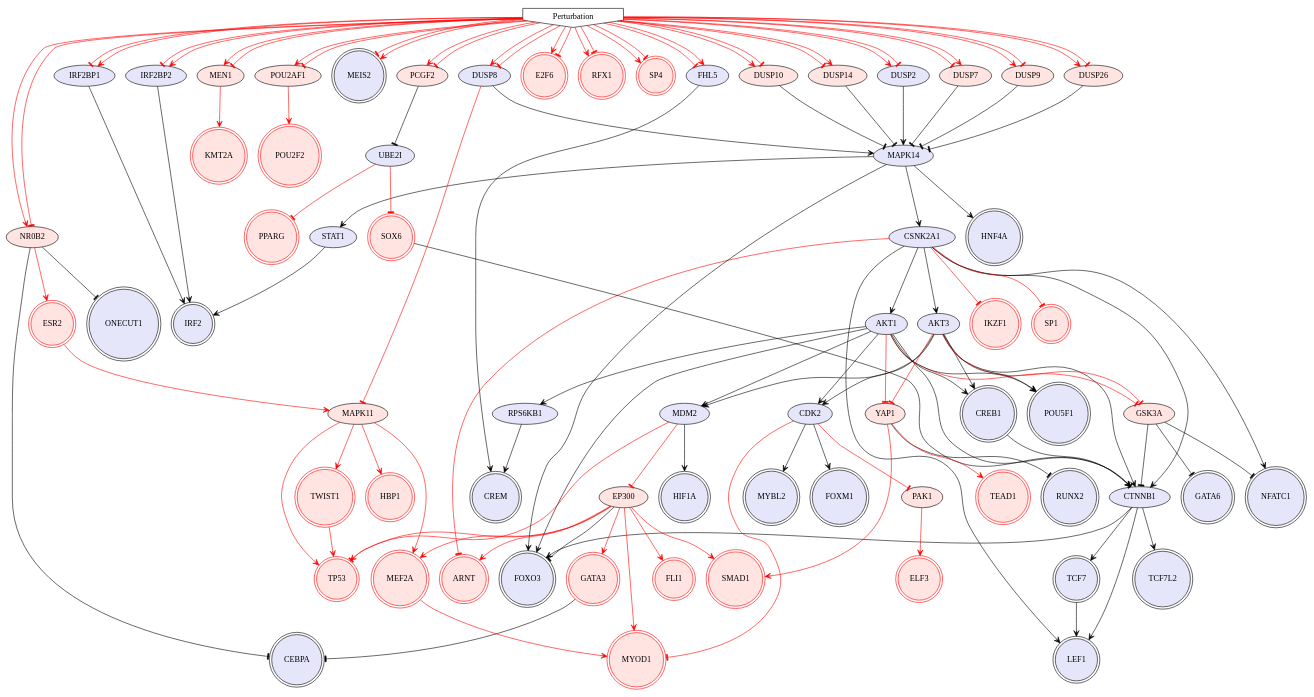
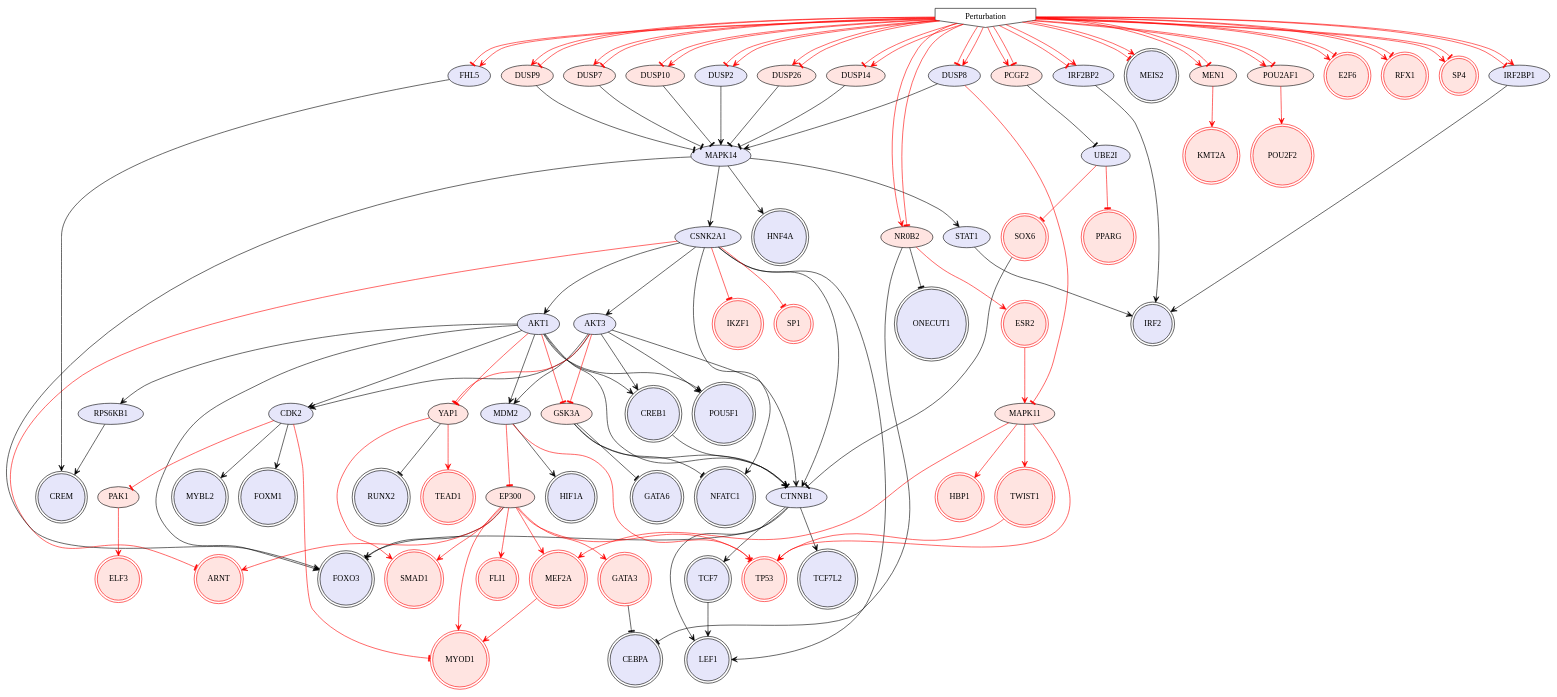
Before and after one commit to laylagerami/EPA: the diagram in Small_Subset/Results/CARNIVAL/YC-1_HEPG2_6 h_20 µM/network_solution.dot, drawn with Graphviz. The commit also changed other lines of this file and 48 other files, not shown here.

```diff
--- a/Small_Subset/Results/CARNIVAL/YC-1_HEPG2_6 h_20 µM/network_solution.dot
+++ b/Small_Subset/Results/CARNIVAL/YC-1_HEPG2_6 h_20 µM/network_solution.dot
@@ -1,196 +1,196 @@
 digraph {
 
 CSNK2A1->CTNNB1 [penwidth=1, color=black, arrowhead="vee"]
 AKT1->FOXO3 [penwidth=1, color=black, arrowhead="vee"]
 CTNNB1->FOXO3 [penwidth=1, color=black, arrowhead="vee"]
 CTNNB1->TCF7L2 [penwidth=1, color=black, arrowhead="vee"]
 AKT1->MDM2 [penwidth=1, color=black, arrowhead="vee"]
 AKT1->CREB1 [penwidth=1, color=black, arrowhead="vee"]
 CTNNB1->LEF1 [penwidth=1, color=black, arrowhead="vee"]
 CTNNB1->TCF7 [penwidth=1, color=black, arrowhead="vee"]
+AKT1->RPS6KB1 [penwidth=1, color=black, arrowhead="vee"]
 AKT1->CTNNB1 [penwidth=1, color=black, arrowhead="vee"]
 NR0B2->ONECUT1 [penwidth=1, color=black, arrowhead="tee"]
 CREB1->CTNNB1 [penwidth=1, color=black, arrowhead="vee"]
 CSNK2A1->LEF1 [penwidth=1, color=black, arrowhead="vee"]
 TCF7->LEF1 [penwidth=1, color=black, arrowhead="vee"]
-DUSP10->MAPK14 [penwidth=1, color=black, arrowhead="tee"]
+RPS6KB1->CREM [penwidth=1, color=black, arrowhead="vee"]
 GSK3A->CTNNB1 [penwidth=1, color=black, arrowhead="tee"]
 GSK3A->NFATC1 [penwidth=1, color=black, arrowhead="tee"]
 MAPK14->CSNK2A1 [penwidth=1, color=black, arrowhead="vee"]
 GSK3A->GATA6 [penwidth=1, color=black, arrowhead="tee"]
+DUSP9->MAPK14 [penwidth=1, color=black, arrowhead="tee"]
 AKT1->CDK2 [penwidth=1, color=black, arrowhead="vee"]
 GATA3->CEBPA [penwidth=1, color=black, arrowhead="tee"]
 SOX6->CTNNB1 [penwidth=1, color=black, arrowhead="tee"]
 AKT1->POU5F1 [penwidth=1, color=black, arrowhead="vee"]
 PCGF2->UBE2I [penwidth=1, color=black, arrowhead="tee"]
 CSNK2A1->AKT1 [penwidth=1, color=black, arrowhead="vee"]
 YAP1->RUNX2 [penwidth=1, color=black, arrowhead="tee"]
 CDK2->MYBL2 [penwidth=1, color=black, arrowhead="vee"]
-FHL5->CREM [penwidth=1, color=black, arrowhead="vee"]
-IRF2BP2->IRF2 [penwidth=1, color=black, arrowhead="vee"]
+IRF2BP1->IRF2 [penwidth=1, color=black, arrowhead="vee"]
 MAPK14->FOXO3 [penwidth=1, color=black, arrowhead="vee"]
 NR0B2->CEBPA [penwidth=1, color=black, arrowhead="tee"]
 MAPK14->HNF4A [penwidth=1, color=black, arrowhead="vee"]
 CDK2->FOXM1 [penwidth=1, color=black, arrowhead="vee"]
 CSNK2A1->NFATC1 [penwidth=1, color=black, arrowhead="vee"]
 EP300->FOXO3 [penwidth=1, color=black, arrowhead="tee"]
 MDM2->HIF1A [penwidth=1, color=black, arrowhead="vee"]
-Perturbation->FHL5 [penwidth=1, color=red, arrowhead="tee"]
-Perturbation->IRF2BP2 [penwidth=1, color=red, arrowhead="tee"]
+Perturbation->IRF2BP1 [penwidth=1, color=red, arrowhead="tee"]
 Perturbation->MEIS2 [penwidth=1, color=red, arrowhead="tee"]
 EP300->TP53 [penwidth=1, color=red, arrowhead="vee"]
 MEN1->KMT2A [penwidth=1, color=red, arrowhead="vee"]
 EP300->ARNT [penwidth=1, color=red, arrowhead="vee"]
 MDM2->TP53 [penwidth=1, color=red, arrowhead="tee"]
 UBE2I->PPARG [penwidth=1, color=red, arrowhead="tee"]
 CDK2->PAK1 [penwidth=1, color=red, arrowhead="tee"]
 NR0B2->ESR2 [penwidth=1, color=red, arrowhead="vee"]
 AKT1->GSK3A [penwidth=1, color=red, arrowhead="tee"]
 YAP1->TEAD1 [penwidth=1, color=red, arrowhead="vee"]
 EP300->MEF2A [penwidth=1, color=red, arrowhead="vee"]
 CSNK2A1->IKZF1 [penwidth=1, color=red, arrowhead="tee"]
 CSNK2A1->SP1 [penwidth=1, color=red, arrowhead="tee"]
 EP300->FLI1 [penwidth=1, color=red, arrowhead="vee"]
 UBE2I->SOX6 [penwidth=1, color=red, arrowhead="tee"]
 MAPK11->TP53 [penwidth=1, color=red, arrowhead="vee"]
 YAP1->SMAD1 [penwidth=1, color=red, arrowhead="vee"]
 AKT1->YAP1 [penwidth=1, color=red, arrowhead="tee"]
 CSNK2A1->ARNT [penwidth=1, color=red, arrowhead="tee"]
 EP300->MYOD1 [penwidth=1, color=red, arrowhead="vee"]
 EP300->SMAD1 [penwidth=1, color=red, arrowhead="vee"]
 MAPK11->HBP1 [penwidth=1, color=red, arrowhead="vee"]
 MAPK11->TWIST1 [penwidth=1, color=red, arrowhead="vee"]
 MDM2->EP300 [penwidth=1, color=red, arrowhead="tee"]
 MEF2A->MYOD1 [penwidth=1, color=red, arrowhead="vee"]
 PAK1->ELF3 [penwidth=1, color=red, arrowhead="vee"]
 CDK2->MYOD1 [penwidth=1, color=red, arrowhead="tee"]
 POU2AF1->POU2F2 [penwidth=1, color=red, arrowhead="vee"]
 MAPK11->MEF2A [penwidth=1, color=red, arrowhead="vee"]
 EP300->GATA3 [penwidth=1, color=red, arrowhead="vee"]
 TWIST1->TP53 [penwidth=1, color=red, arrowhead="vee"]
 ESR2->MAPK11 [penwidth=1, color=red, arrowhead="vee"]
-Perturbation->DUSP10 [penwidth=1, color=red, arrowhead="vee"]
+Perturbation->DUSP9 [penwidth=1, color=red, arrowhead="vee"]
 Perturbation->E2F6 [penwidth=1, color=red, arrowhead="vee"]
 Perturbation->MEN1 [penwidth=1, color=red, arrowhead="vee"]
 Perturbation->NR0B2 [penwidth=1, color=red, arrowhead="vee"]
 Perturbation->PCGF2 [penwidth=1, color=red, arrowhead="vee"]
 Perturbation->POU2AF1 [penwidth=1, color=red, arrowhead="vee"]
 Perturbation->RFX1 [penwidth=1, color=red, arrowhead="vee"]
 Perturbation->SP4 [penwidth=1, color=red, arrowhead="vee"]
-AKT1->RPS6KB1 [penwidth=1, color=black, arrowhead="vee"]
-RPS6KB1->CREM [penwidth=1, color=black, arrowhead="vee"]
-DUSP14->MAPK14 [penwidth=1, color=black, arrowhead="tee"]
-Perturbation->IRF2BP2 [penwidth=1, color=red, arrowhead="vee"]
+DUSP7->MAPK14 [penwidth=1, color=black, arrowhead="tee"]
+FHL5->CREM [penwidth=1, color=black, arrowhead="vee"]
+IRF2BP2->IRF2 [penwidth=1, color=black, arrowhead="vee"]
+Perturbation->FHL5 [penwidth=1, color=red, arrowhead="tee"]
+Perturbation->IRF2BP2 [penwidth=1, color=red, arrowhead="tee"]
+Perturbation->DUSP7 [penwidth=1, color=red, arrowhead="vee"]
+DUSP10->MAPK14 [penwidth=1, color=black, arrowhead="tee"]
+Perturbation->IRF2BP1 [penwidth=1, color=red, arrowhead="vee"]
 Perturbation->MEIS2 [penwidth=1, color=red, arrowhead="vee"]
-Perturbation->DUSP14 [penwidth=1, color=red, arrowhead="tee"]
+Perturbation->DUSP10 [penwidth=1, color=red, arrowhead="tee"]
 Perturbation->E2F6 [penwidth=1, color=red, arrowhead="tee"]
 Perturbation->MEN1 [penwidth=1, color=red, arrowhead="tee"]
 Perturbation->NR0B2 [penwidth=1, color=red, arrowhead="tee"]
 Perturbation->PCGF2 [penwidth=1, color=red, arrowhead="tee"]
 Perturbation->POU2AF1 [penwidth=1, color=red, arrowhead="tee"]
 Perturbation->RFX1 [penwidth=1, color=red, arrowhead="tee"]
 Perturbation->SP4 [penwidth=1, color=red, arrowhead="tee"]
-DUSP2->MAPK14 [penwidth=1, color=black, arrowhead="vee"]
+DUSP8->MAPK14 [penwidth=1, color=black, arrowhead="vee"]
 AKT3->CTNNB1 [penwidth=1, color=black, arrowhead="vee"]
 AKT3->MDM2 [penwidth=1, color=black, arrowhead="vee"]
 AKT3->CREB1 [penwidth=1, color=black, arrowhead="vee"]
 CSNK2A1->AKT3 [penwidth=1, color=black, arrowhead="vee"]
 AKT3->POU5F1 [penwidth=1, color=black, arrowhead="vee"]
 AKT3->CDK2 [penwidth=1, color=black, arrowhead="vee"]
-Perturbation->DUSP2 [penwidth=1, color=red, arrowhead="vee"]
-Perturbation->FHL5 [penwidth=1, color=red, arrowhead="vee"]
+Perturbation->DUSP8 [penwidth=1, color=red, arrowhead="tee"]
 AKT3->GSK3A [penwidth=1, color=red, arrowhead="tee"]
 AKT3->YAP1 [penwidth=1, color=red, arrowhead="tee"]
-DUSP7->MAPK14 [penwidth=1, color=black, arrowhead="tee"]
-Perturbation->DUSP7 [penwidth=1, color=red, arrowhead="tee"]
-DUSP9->MAPK14 [penwidth=1, color=black, arrowhead="tee"]
-Perturbation->DUSP9 [penwidth=1, color=red, arrowhead="vee"]
+DUSP8->MAPK11 [penwidth=1, color=red, arrowhead="tee"]
+DUSP2->MAPK14 [penwidth=1, color=black, arrowhead="vee"]
+Perturbation->DUSP2 [penwidth=1, color=red, arrowhead="tee"]
 DUSP26->MAPK14 [penwidth=1, color=black, arrowhead="tee"]
 Perturbation->DUSP26 [penwidth=1, color=red, arrowhead="vee"]
-Perturbation->DUSP9 [penwidth=1, color=red, arrowhead="tee"]
-Perturbation->DUSP2 [penwidth=1, color=red, arrowhead="tee"]
-DUSP8->MAPK14 [penwidth=1, color=black, arrowhead="vee"]
-Perturbation->DUSP8 [penwidth=1, color=red, arrowhead="vee"]
-DUSP8->MAPK11 [penwidth=1, color=red, arrowhead="tee"]
-Perturbation->DUSP14 [penwidth=1, color=red, arrowhead="vee"]
-Perturbation->DUSP7 [penwidth=1, color=red, arrowhead="vee"]
-Perturbation->DUSP10 [penwidth=1, color=red, arrowhead="tee"]
-Perturbation->DUSP8 [penwidth=1, color=red, arrowhead="tee"]
-Perturbation->DUSP26 [penwidth=1, color=red, arrowhead="tee"]
+Perturbation->DUSP10 [penwidth=1, color=red, arrowhead="vee"]
+Perturbation->FHL5 [penwidth=1, color=red, arrowhead="vee"]
+Perturbation->IRF2BP2 [penwidth=1, color=red, arrowhead="vee"]
+Perturbation->DUSP7 [penwidth=1, color=red, arrowhead="tee"]
+Perturbation->DUSP2 [penwidth=1, color=red, arrowhead="vee"]
 MAPK14->STAT1 [penwidth=1, color=black, arrowhead="vee"]
 STAT1->IRF2 [penwidth=1, color=black, arrowhead="vee"]
-IRF2BP1->IRF2 [penwidth=1, color=black, arrowhead="vee"]
-Perturbation->IRF2BP1 [penwidth=1, color=red, arrowhead="tee"]
-Perturbation->IRF2BP1 [penwidth=1, color=red, arrowhead="vee"]
+DUSP14->MAPK14 [penwidth=1, color=black, arrowhead="tee"]
+Perturbation->DUSP14 [penwidth=1, color=red, arrowhead="tee"]
+Perturbation->DUSP8 [penwidth=1, color=red, arrowhead="vee"]
+Perturbation->DUSP14 [penwidth=1, color=red, arrowhead="vee"]
+Perturbation->DUSP26 [penwidth=1, color=red, arrowhead="tee"]
+Perturbation->DUSP9 [penwidth=1, color=red, arrowhead="tee"]
 Perturbation [style=filled, color=black, fillcolor=white, shape=invhouse];
 TEAD1 [style=filled, color=red, fillcolor=mistyrose, shape=doublecircle];
 ESR2 [style=filled, color=red, fillcolor=mistyrose, shape=doublecircle];
 MYBL2 [style=filled, color=black, fillcolor=lavender, shape=doublecircle];
 LEF1 [style=filled, color=black, fillcolor=lavender, shape=doublecircle];
 FLI1 [style=filled, color=red, fillcolor=mistyrose, shape=doublecircle];
 SOX6 [style=filled, color=red, fillcolor=mistyrose, shape=doublecircle];
 POU2F2 [style=filled, color=red, fillcolor=mistyrose, shape=doublecircle];
 SMAD1 [style=filled, color=red, fillcolor=mistyrose, shape=doublecircle];
 MEF2A [style=filled, color=red, fillcolor=mistyrose, shape=doublecircle];
 FOXM1 [style=filled, color=black, fillcolor=lavender, shape=doublecircle];
 TCF7L2 [style=filled, color=black, fillcolor=lavender, shape=doublecircle];
 CREB1 [style=filled, color=black, fillcolor=lavender, shape=doublecircle];
 RUNX2 [style=filled, color=black, fillcolor=lavender, shape=doublecircle];
 E2F6 [style=filled, color=red, fillcolor=mistyrose, shape=doublecircle];
 SP1 [style=filled, color=red, fillcolor=mistyrose, shape=doublecircle];
 HNF4A [style=filled, color=black, fillcolor=lavender, shape=doublecircle];
 CEBPA [style=filled, color=black, fillcolor=lavender, shape=doublecircle];
 PPARG [style=filled, color=red, fillcolor=mistyrose, shape=doublecircle];
 FOXO3 [style=filled, color=black, fillcolor=lavender, shape=doublecircle];
 TP53 [style=filled, color=red, fillcolor=mistyrose, shape=doublecircle];
 RFX1 [style=filled, color=red, fillcolor=mistyrose, shape=doublecircle];
 MEIS2 [style=filled, color=black, fillcolor=lavender, shape=doublecircle];
 ELF3 [style=filled, color=red, fillcolor=mistyrose, shape=doublecircle];
 GATA3 [style=filled, color=red, fillcolor=mistyrose, shape=doublecircle];
 POU5F1 [style=filled, color=black, fillcolor=lavender, shape=doublecircle];
 HBP1 [style=filled, color=red, fillcolor=mistyrose, shape=doublecircle];
 IRF2 [style=filled, color=black, fillcolor=lavender, shape=doublecircle];
 ARNT [style=filled, color=red, fillcolor=mistyrose, shape=doublecircle];
 ONECUT1 [style=filled, color=black, fillcolor=lavender, shape=doublecircle];
 TCF7 [style=filled, color=black, fillcolor=lavender, shape=doublecircle];
 GATA6 [style=filled, color=black, fillcolor=lavender, shape=doublecircle];
 HIF1A [style=filled, color=black, fillcolor=lavender, shape=doublecircle];
 KMT2A [style=filled, color=red, fillcolor=mistyrose, shape=doublecircle];
 CREM [style=filled, color=black, fillcolor=lavender, shape=doublecircle];
 IKZF1 [style=filled, color=red, fillcolor=mistyrose, shape=doublecircle];
 MYOD1 [style=filled, color=red, fillcolor=mistyrose, shape=doublecircle];
 SP4 [style=filled, color=red, fillcolor=mistyrose, shape=doublecircle];
 NFATC1 [style=filled, color=black, fillcolor=lavender, shape=doublecircle];
 TWIST1 [style=filled, color=red, fillcolor=mistyrose, shape=doublecircle];
 CSNK2A1 [style=filled, fillcolor=lavender];
 AKT1 [style=filled, fillcolor=lavender];
 CTNNB1 [style=filled, fillcolor=lavender];
 NR0B2 [style=filled, fillcolor=mistyrose];
-DUSP10 [style=filled, fillcolor=mistyrose];
+RPS6KB1 [style=filled, fillcolor=lavender];
 GSK3A [style=filled, fillcolor=mistyrose];
 MAPK14 [style=filled, fillcolor=lavender];
+DUSP9 [style=filled, fillcolor=mistyrose];
 PCGF2 [style=filled, fillcolor=mistyrose];
 YAP1 [style=filled, fillcolor=mistyrose];
 CDK2 [style=filled, fillcolor=lavender];
-FHL5 [style=filled, fillcolor=lavender];
-IRF2BP2 [style=filled, fillcolor=lavender];
+IRF2BP1 [style=filled, fillcolor=lavender];
 EP300 [style=filled, fillcolor=mistyrose];
 MDM2 [style=filled, fillcolor=lavender];
 MEN1 [style=filled, fillcolor=mistyrose];
 UBE2I [style=filled, fillcolor=lavender];
 MAPK11 [style=filled, fillcolor=mistyrose];
 PAK1 [style=filled, fillcolor=mistyrose];
 POU2AF1 [style=filled, fillcolor=mistyrose];
-RPS6KB1 [style=filled, fillcolor=lavender];
+DUSP7 [style=filled, fillcolor=mistyrose];
+FHL5 [style=filled, fillcolor=lavender];
+IRF2BP2 [style=filled, fillcolor=lavender];
+DUSP10 [style=filled, fillcolor=mistyrose];
+DUSP8 [style=filled, fillcolor=lavender];
+AKT3 [style=filled, fillcolor=lavender];
+DUSP2 [style=filled, fillcolor=lavender];
+DUSP26 [style=filled, fillcolor=mistyrose];
+STAT1 [style=filled, fillcolor=lavender];
 DUSP14 [style=filled, fillcolor=mistyrose];
-DUSP2 [style=filled, fillcolor=lavender];
-AKT3 [style=filled, fillcolor=lavender];
-DUSP7 [style=filled, fillcolor=mistyrose];
-DUSP9 [style=filled, fillcolor=mistyrose];
-DUSP26 [style=filled, fillcolor=mistyrose];
-DUSP8 [style=filled, fillcolor=lavender];
-STAT1 [style=filled, fillcolor=lavender];
-IRF2BP1 [style=filled, fillcolor=lavender];
 
 
 }
```
